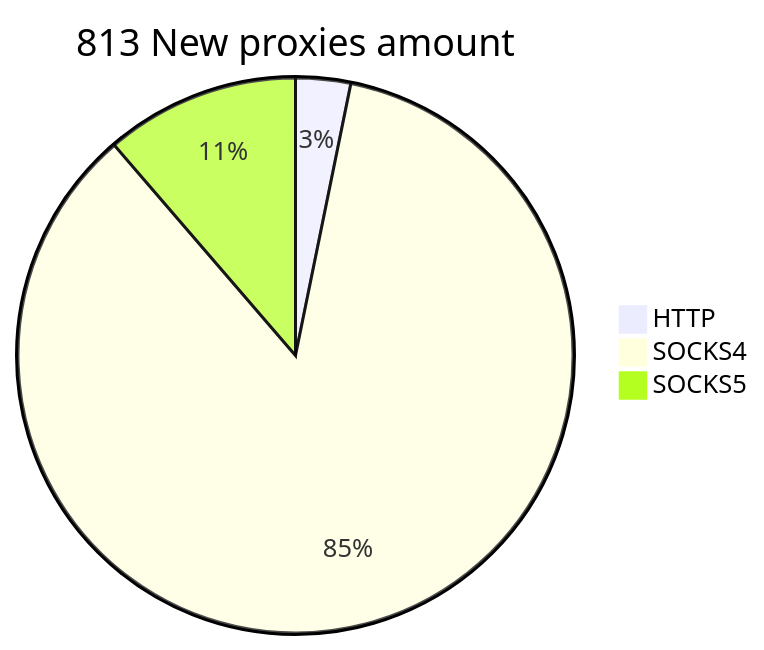
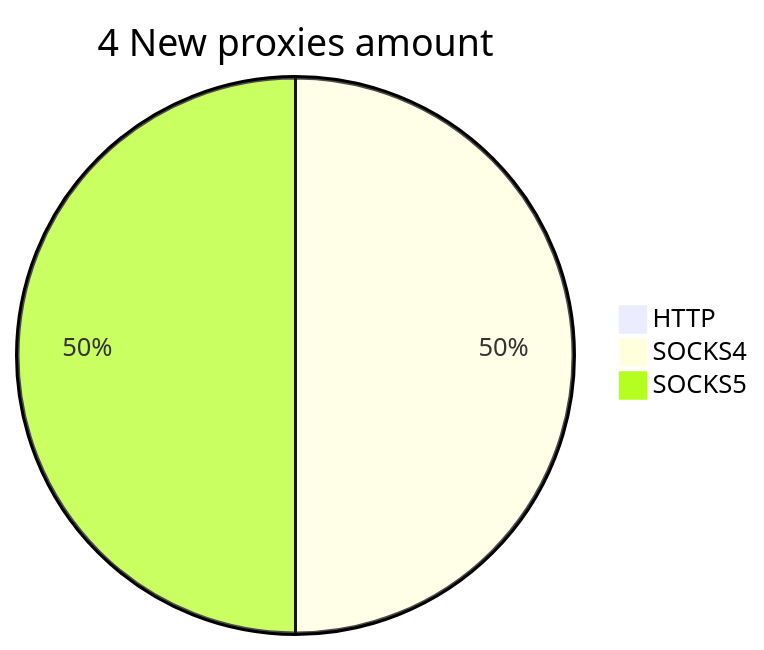
The second of 2 diagrams in README.md (cutipu/proxylist), drawn with Mermaid before and after one commit. The commit also changed other lines of this file, not shown here.

````diff
--- a/README.md
+++ b/README.md
@@ -10,6 +10,6 @@
 ```mermaid
-pie title 813 New proxies amount
-    "HTTP" : 26
-    "SOCKS4" : 695
-    "SOCKS5" : 92
+pie title 4 New proxies amount
+    "HTTP" : 0
+    "SOCKS4" : 2
+    "SOCKS5" : 2
 ```
````
